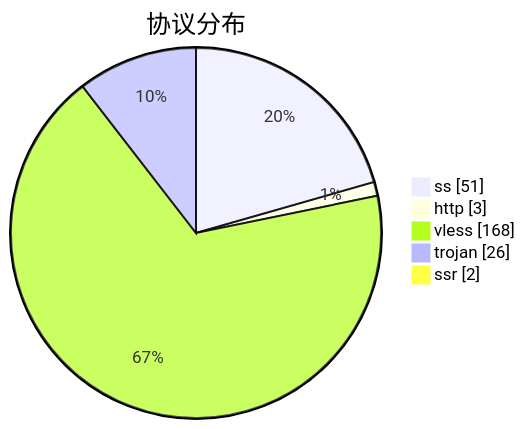
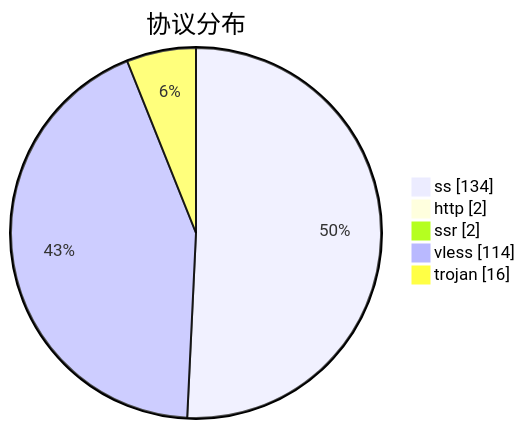
One commit to qjlxg/airport changed the third of 3 diagrams in subs/statistics/tested_within.md. Above: the diagram before and after it, drawn with Mermaid. The commit also changed other lines of this file and 2 other files, not shown here.

````diff
--- a/subs/statistics/tested_within.md
+++ b/subs/statistics/tested_within.md
@@ -19,9 +18,9 @@
 ```mermaid
 pie showData
 title 协议分布
-"ss" : 51
-"http" : 3
-"vless" : 168
-"trojan" : 26
+"ss" : 134
+"http" : 2
 "ssr" : 2
+"vless" : 114
+"trojan" : 16
 ```
````
